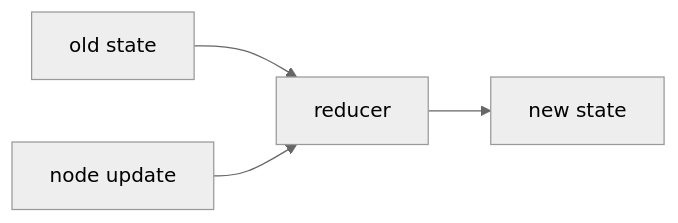
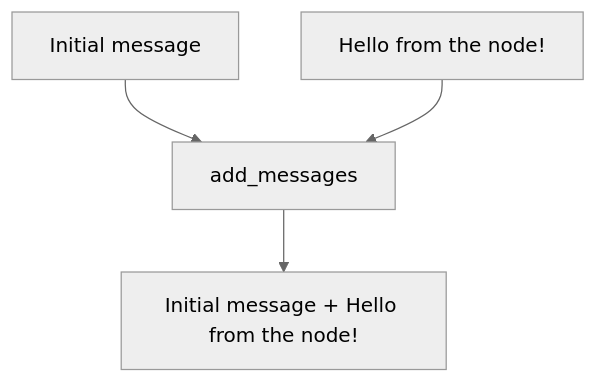
Before and after one commit to Walid-Ahmed/langgraph-tutorials: the fourth of 4 diagrams in 2-Reducer/README.md, drawn with Mermaid (neutral theme). The commit also changed other lines of this file, not shown here.

Commit message:
Rewrite reducer README as tutorial

````diff
--- a/2-Reducer/README.md
+++ b/2-Reducer/README.md
@@ -25,6 +178,6 @@
 ```mermaid
-flowchart LR
-    OLD["old state"] --> REDUCER["reducer"]
-    NEW["node update"] --> REDUCER
-    REDUCER --> FINAL["new state"]
+flowchart TD
+    A["Initial message"] --> R["add_messages"]
+    B["Hello from the node!"] --> R
+    R --> C["Initial message + Hello from the node!"]
 ```
````
